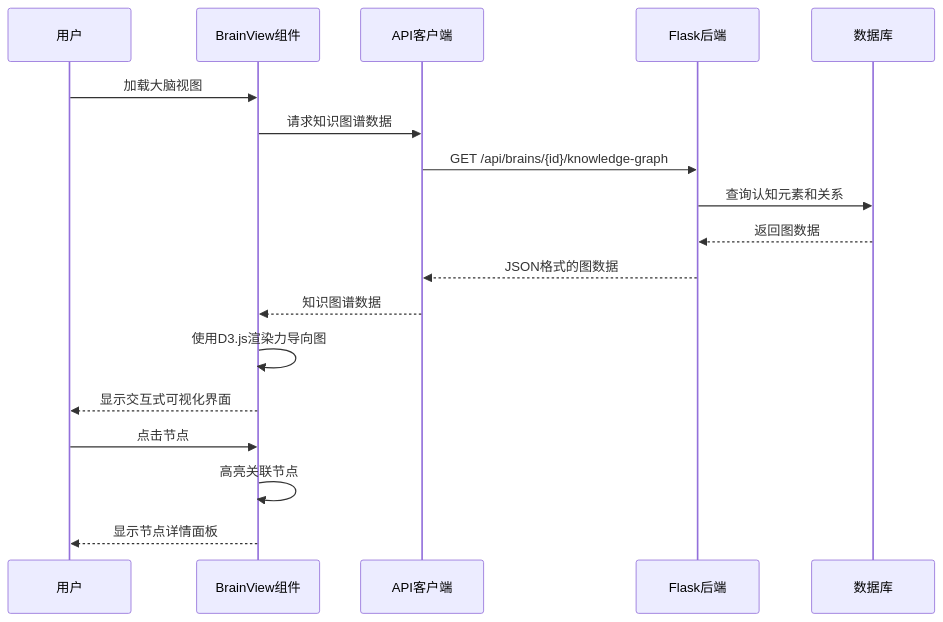
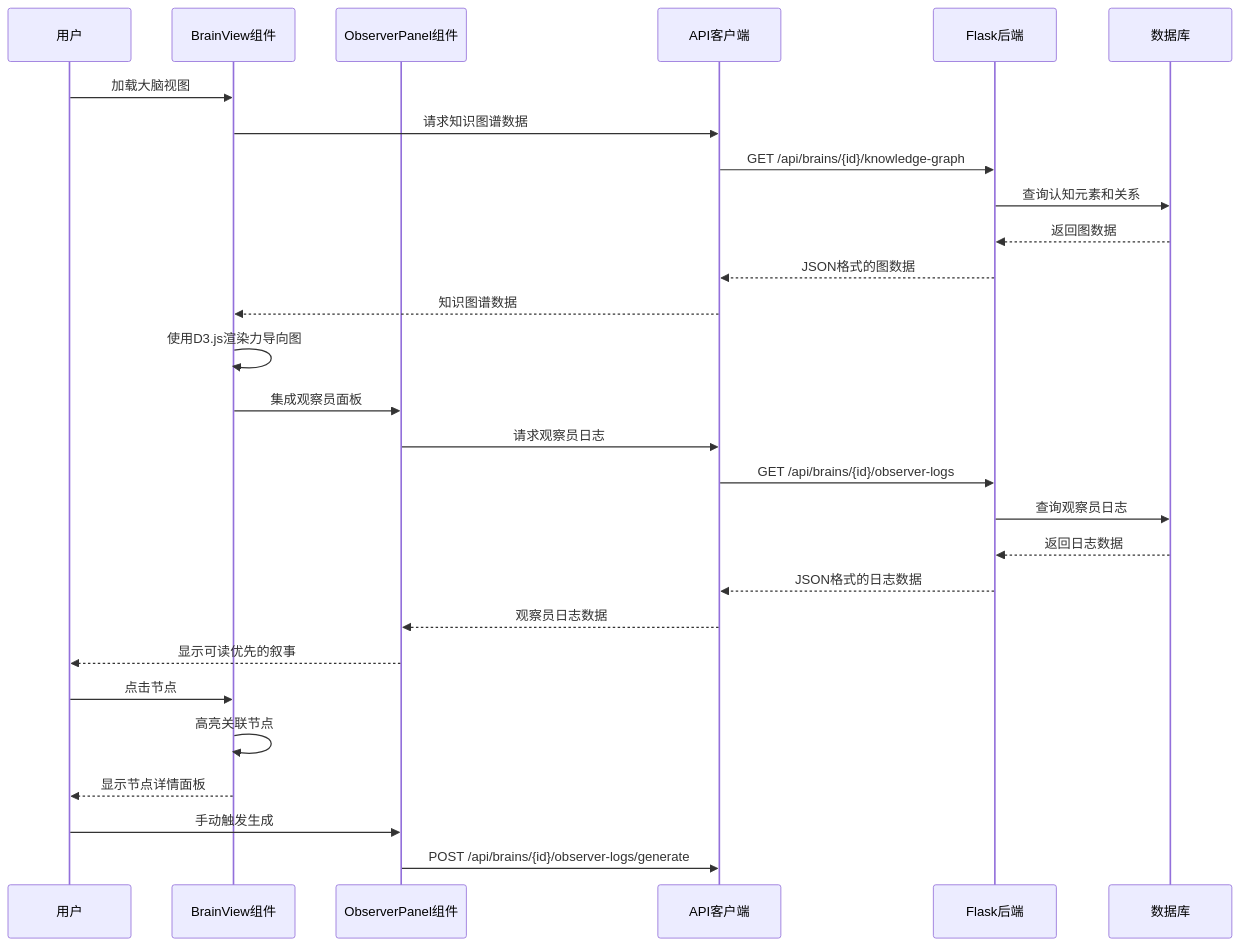
Before and after one commit to GDY-ai/ainstein: the fourth of 7 diagrams in .qoder/repowiki/zh/content/前端应用/知识图谱可视化.md, drawn with Mermaid. The commit also changed other lines of this file and 19 other files, not shown here.

````diff
--- a/.qoder/repowiki/zh/content/前端应用/知识图谱可视化.md
+++ b/.qoder/repowiki/zh/content/前端应用/知识图谱可视化.md
@@ -201,20 +245,30 @@
 ```mermaid
 sequenceDiagram
 participant User as 用户
 participant View as BrainView组件
+participant Panel as ObserverPanel组件
 participant API as API客户端
 participant Backend as Flask后端
 participant DB as 数据库
 User->>View : 加载大脑视图
 View->>API : 请求知识图谱数据
 API->>Backend : GET /api/brains/{id}/knowledge-graph
 Backend->>DB : 查询认知元素和关系
 DB-->>Backend : 返回图数据
 Backend-->>API : JSON格式的图数据
 API-->>View : 知识图谱数据
 View->>View : 使用D3.js渲染力导向图
-View-->>User : 显示交互式可视化界面
+View->>Panel : 集成观察员面板
+Panel->>API : 请求观察员日志
+API->>Backend : GET /api/brains/{id}/observer-logs
+Backend->>DB : 查询观察员日志
+DB-->>Backend : 返回日志数据
+Backend-->>API : JSON格式的日志数据
+API-->>Panel : 观察员日志数据
+Panel-->>User : 显示可读优先的叙事
 User->>View : 点击节点
 View->>View : 高亮关联节点
 View-->>User : 显示节点详情面板
+User->>Panel : 手动触发生成
+Panel->>API : POST /api/brains/{id}/observer-logs/generate
 ```
````
